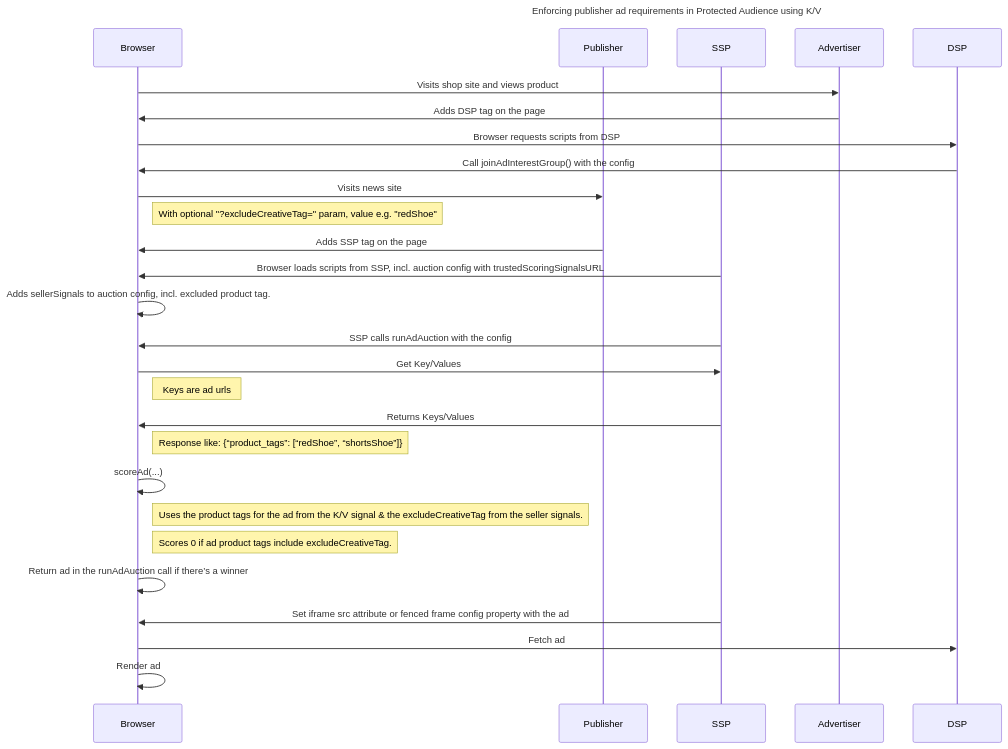
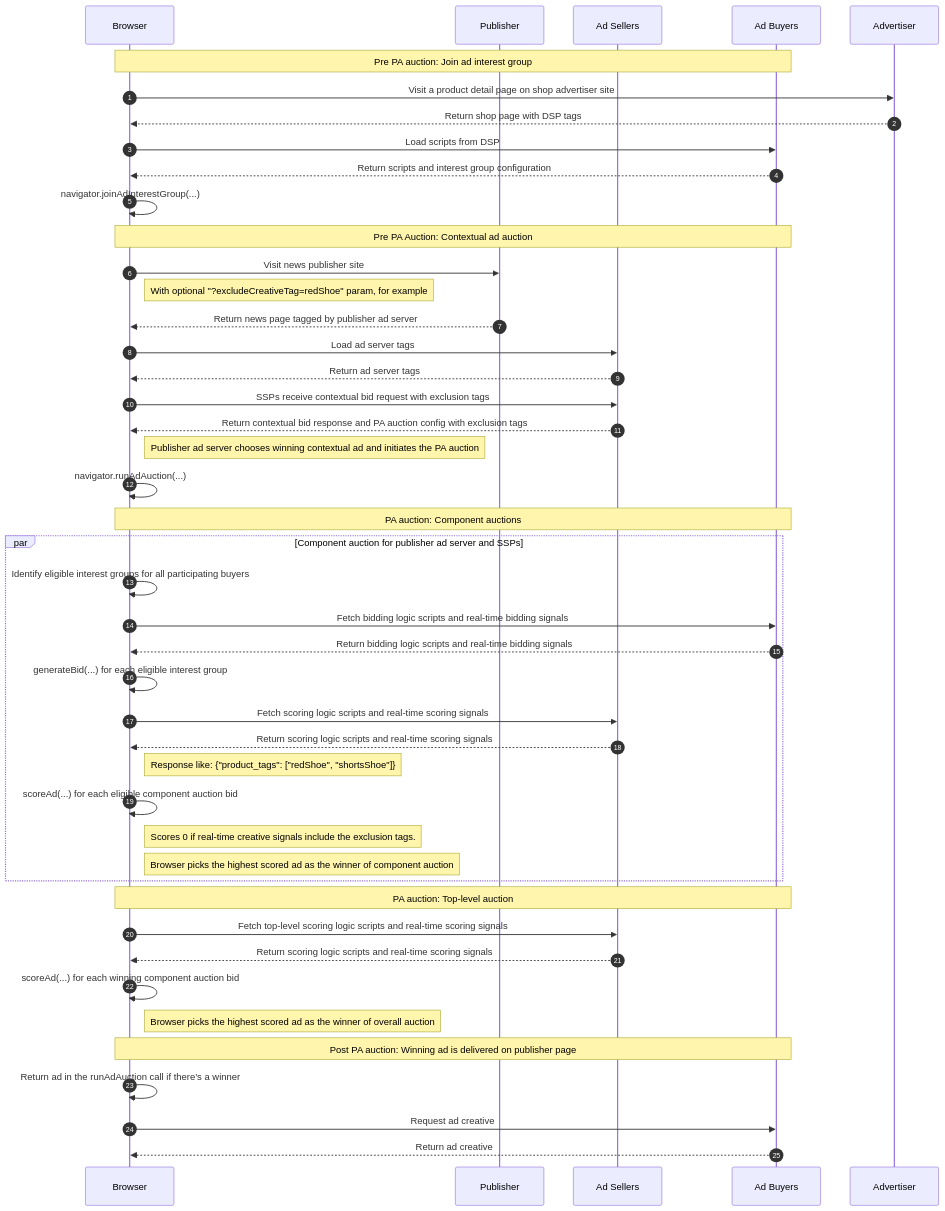
One commit to privacysandbox/privacy-sandbox-demos changed the diagram in services/home/docs/demos/publisher-ad-quality-req.md. Above: the diagram before and after it, drawn with Mermaid. The commit also changed other lines of this file and 12 other files, not shown here.

````diff
--- a/services/home/docs/demos/publisher-ad-quality-req.md
+++ b/services/home/docs/demos/publisher-ad-quality-req.md
@@ -79,46 +73,54 @@
 ```mermaid
 sequenceDiagram
-Title: Enforcing publisher ad requirements in Protected Audience using K/V
-
+autonumber
 
 participant Browser
 participant Publisher
-participant SSP
+participant SSP as Ad Sellers
+participant DSP as Ad Buyers
 participant Advertiser
-participant DSP
 
 
-Browser->>Advertiser:Visits shop site and views product
-Advertiser->>Browser:Adds DSP tag on the page
-Browser->>DSP:Browser requests scripts from DSP
-DSP->>Browser:Call joinAdInterestGroup() with the config
+Note over Browser,DSP: Pre PA auction: Join ad interest group
+Browser ->> Advertiser: Visit a product detail page on shop advertiser site
+Advertiser -->> Browser: Return shop page with DSP tags
+Browser ->> DSP: Load scripts from DSP
+DSP -->> Browser: Return scripts and interest group configuration
+Browser ->> Browser: navigator.joinAdInterestGroup(...)
 
+Note over Browser,DSP: Pre PA Auction: Contextual ad auction
+Browser ->> Publisher: Visit news publisher site
+note right of Browser: With optional "?excludeCreativeTag=redShoe" param, for example
+Publisher -->> Browser: Return news page tagged by publisher ad server
+Browser ->> SSP: Load ad server tags
+SSP -->> Browser: Return ad server tags
+Browser ->> SSP: SSPs receive contextual bid request with exclusion tags
+SSP -->> Browser: Return contextual bid response and PA auction config with exclusion tags
+Note right of Browser: Publisher ad server chooses winning contextual ad and initiates the PA auction
+Browser ->> Browser: navigator.runAdAuction(...)
 
+Note over Browser,DSP: PA auction: Component auctions
+par Component auction for publisher ad server and SSPs
+  Browser ->> Browser: Identify eligible interest groups for all participating buyers
+  Browser ->> DSP: Fetch bidding logic scripts and real-time bidding signals
+  DSP -->> Browser: Return bidding logic scripts and real-time bidding signals
+  Browser ->> Browser: generateBid(...) for each eligible interest group
+  Browser ->> SSP: Fetch scoring logic scripts and real-time scoring signals
+  SSP -->> Browser: Return scoring logic scripts and real-time scoring signals
+  Note right of Browser: Response like: {"product_tags": ["redShoe", "shortsShoe"]}
+  Browser ->> Browser: scoreAd(...) for each eligible component auction bid
+  Note right of Browser: Scores 0 if real-time creative signals include the exclusion tags.
+  Note right of Browser: Browser picks the highest scored ad as the winner of component auction
+end
 
+Note over Browser,DSP: PA auction: Top-level auction
+Browser ->> SSP: Fetch top-level scoring logic scripts and real-time scoring signals
+SSP -->> Browser: Return scoring logic scripts and real-time scoring signals
+Browser ->> Browser: scoreAd(...) for each winning component auction bid
+Note right of Browser: Browser picks the highest scored ad as the winner of overall auction
 
-Browser->>Publisher:Visits news site
-note right of Browser: With optional "?excludeCreativeTag=" param, value e.g. "redShoe"
-Publisher->>Browser: Adds SSP tag on the page
-SSP->>Browser: Browser loads scripts from SSP, incl. auction config with trustedScoringSignalsURL
-Browser->>Browser: Adds sellerSignals to auction config, incl. excluded product tag.
-SSP->>Browser:SSP calls runAdAuction with the config
-
-
-
-
-Browser->>SSP:Get Key/Values
-note right of Browser: Keys are ad urls
-SSP->>Browser:Returns Keys/Values
-note right of Browser: Response like: {“product_tags”: [“redShoe”, “shortsShoe”]}
-
-
-Browser->>Browser:scoreAd(...)
-note right of Browser: Uses the product tags for the ad from the K/V signal & the excludeCreativeTag from the seller signals.
-note right of Browser: Scores 0 if ad product tags include excludeCreativeTag.
-
-
+note over Browser,DSP: Post PA auction: Winning ad is delivered on publisher page
 Browser ->> Browser: Return ad in the runAdAuction call if there’s a winner
-SSP ->> Browser: Set iframe src attribute or fenced frame config property with the ad
-Browser ->> DSP: Fetch ad
-Browser ->> Browser: Render ad
+Browser ->> DSP: Request ad creative
+DSP -->> Browser: Return ad creative
 ```
````
